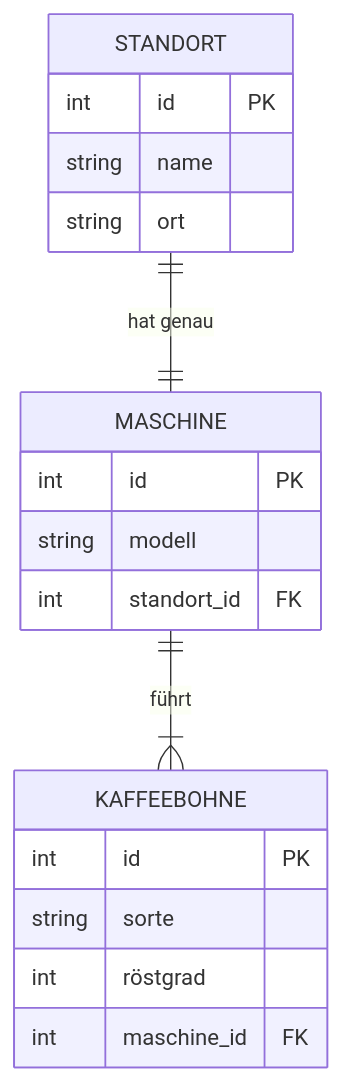
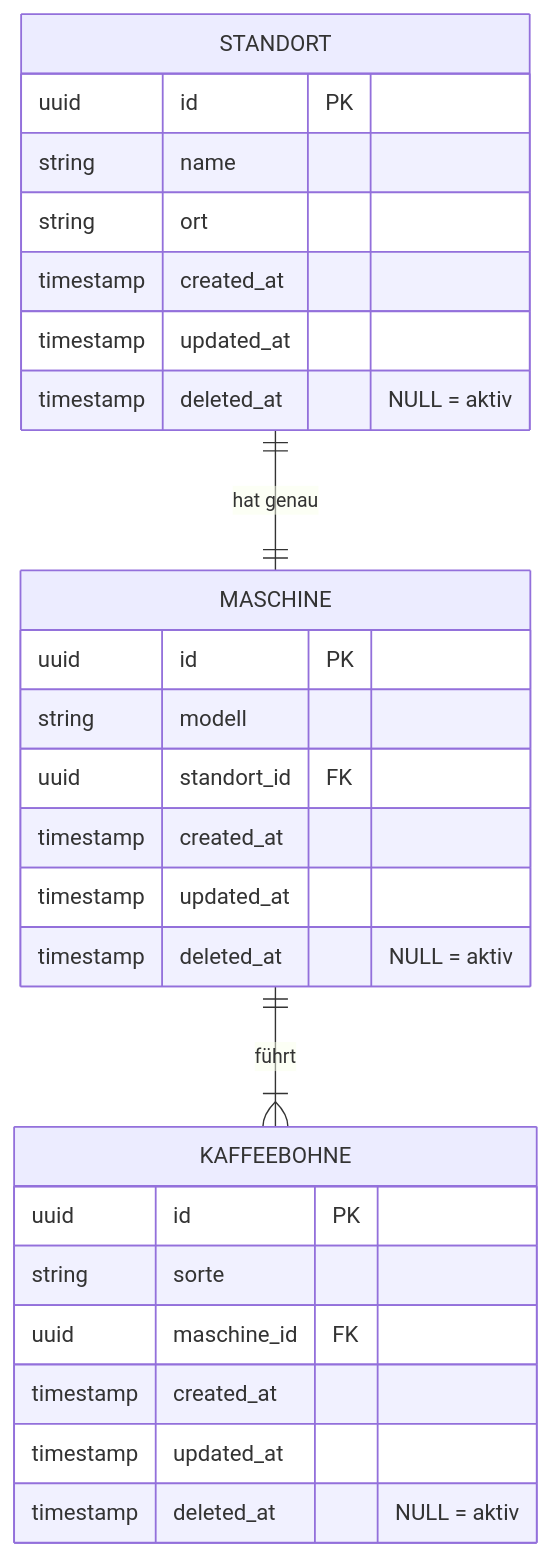
Before and after one commit to jkobh/python-api: the diagram in README.md, drawn with Mermaid. The commit also changed other lines of this file, not shown here.

Commit message:
docs: README-Datenmodell um UUID, Audit-Felder und Soft Delete ergänzt

````diff
--- a/README.md
+++ b/README.md
@@ -7,22 +7,30 @@
 ```mermaid
 erDiagram
     STANDORT ||--|| MASCHINE : "hat genau"
     MASCHINE ||--|{ KAFFEEBOHNE : "führt"
 
     STANDORT {
-        int id PK
+        uuid id PK
         string name
         string ort
+        timestamp created_at
+        timestamp updated_at
+        timestamp deleted_at "NULL = aktiv"
     }
     MASCHINE {
-        int id PK
+        uuid id PK
         string modell
-        int standort_id FK
+        uuid standort_id FK
+        timestamp created_at
+        timestamp updated_at
+        timestamp deleted_at "NULL = aktiv"
     }
     KAFFEEBOHNE {
-        int id PK
+        uuid id PK
         string sorte
-        int röstgrad
-        int maschine_id FK
+        uuid maschine_id FK
+        timestamp created_at
+        timestamp updated_at
+        timestamp deleted_at "NULL = aktiv"
     }
 ```
````
